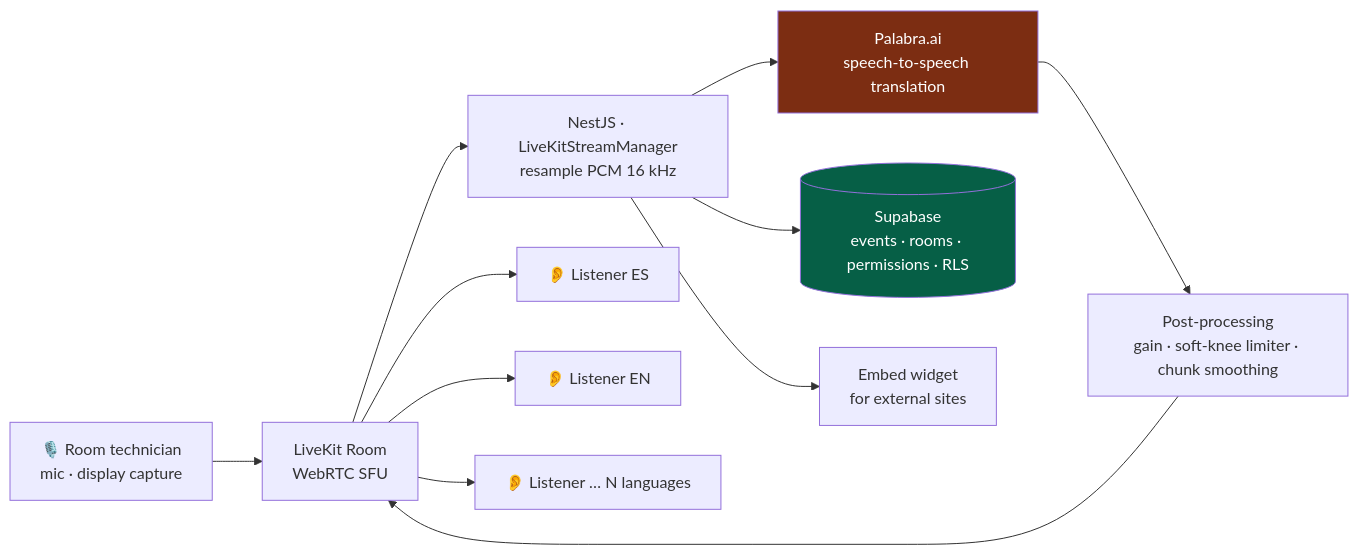
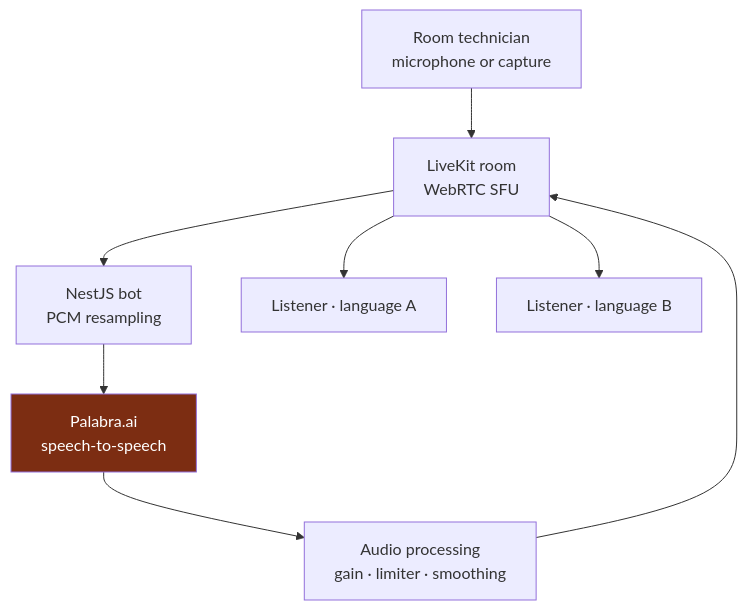
One commit to aleglope/production-systems-case-studies changed the first of 2 diagrams in projects/audionow.md. Above: the diagram before and after it, drawn with Mermaid. The commit also changed other lines of this file and 25 other files, not shown here.

````diff
--- a/projects/audionow.md
+++ b/projects/audionow.md
@@ -19,17 +28,12 @@
 ```mermaid
-flowchart LR
-    TEC["🎙️ Room technician<br/>mic · display capture"] --> LK["LiveKit Room<br/>WebRTC SFU"]
-    LK --> BOT["NestJS · LiveKitStreamManager<br/>resample PCM 16 kHz"]
-    BOT --> PAL["Palabra.ai<br/>speech-to-speech translation"]
-    PAL --> MIX["Post-processing<br/>gain · soft-knee limiter · chunk smoothing"]
+flowchart TB
+    TEC["Room technician<br/>microphone or capture"] --> LK["LiveKit room<br/>WebRTC SFU"]
+    LK --> BOT["NestJS bot<br/>PCM resampling"]
+    BOT --> PAL["Palabra.ai<br/>speech-to-speech"]
+    PAL --> MIX["Audio processing<br/>gain · limiter · smoothing"]
     MIX --> LK
-    LK --> L1["👂 Listener ES"]
-    LK --> L2["👂 Listener EN"]
-    LK --> L3["👂 Listener … N languages"]
+    LK --> L1["Listener · language A"]
+    LK --> L2["Listener · language B"]
 
-    BOT --> SUPA[("Supabase<br/>events · rooms · permissions · RLS")]
-    BOT --> EMBED["Embed widget<br/>for external sites"]
-
-    style SUPA fill:#065f46,color:#fff
     style PAL fill:#7c2d12,color:#fff
 ```
````
